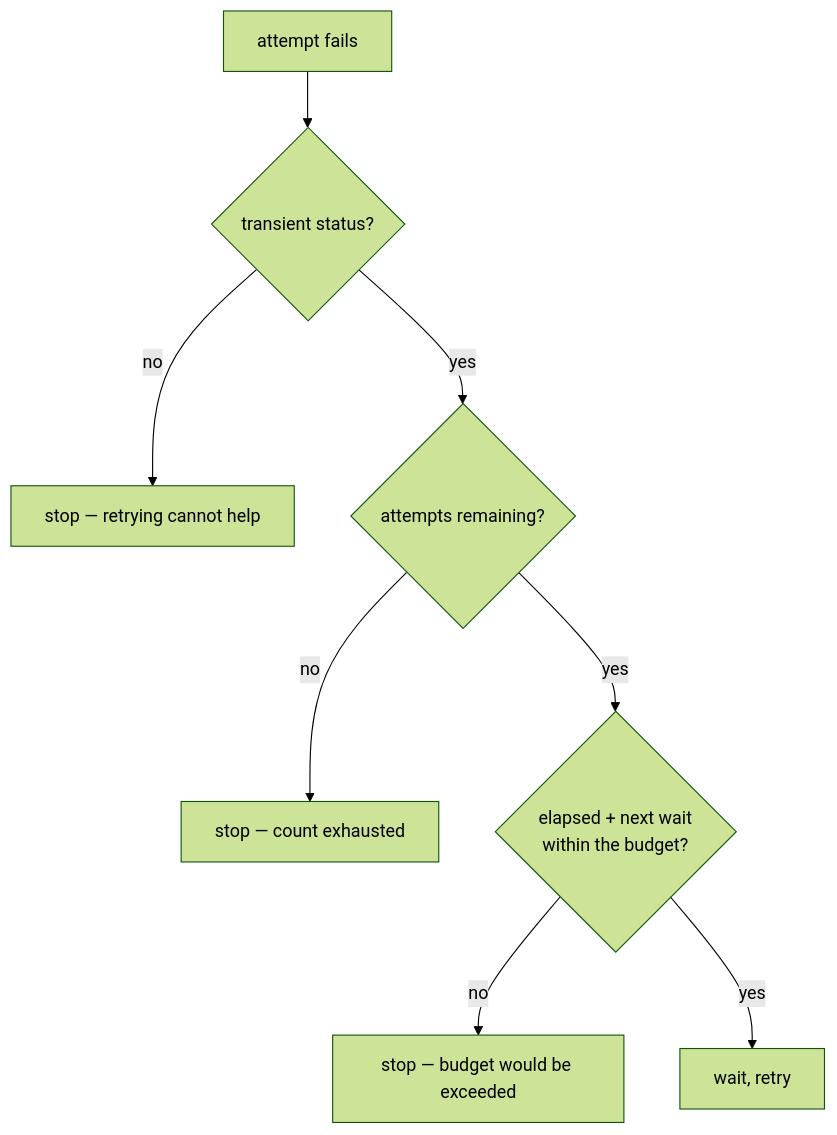
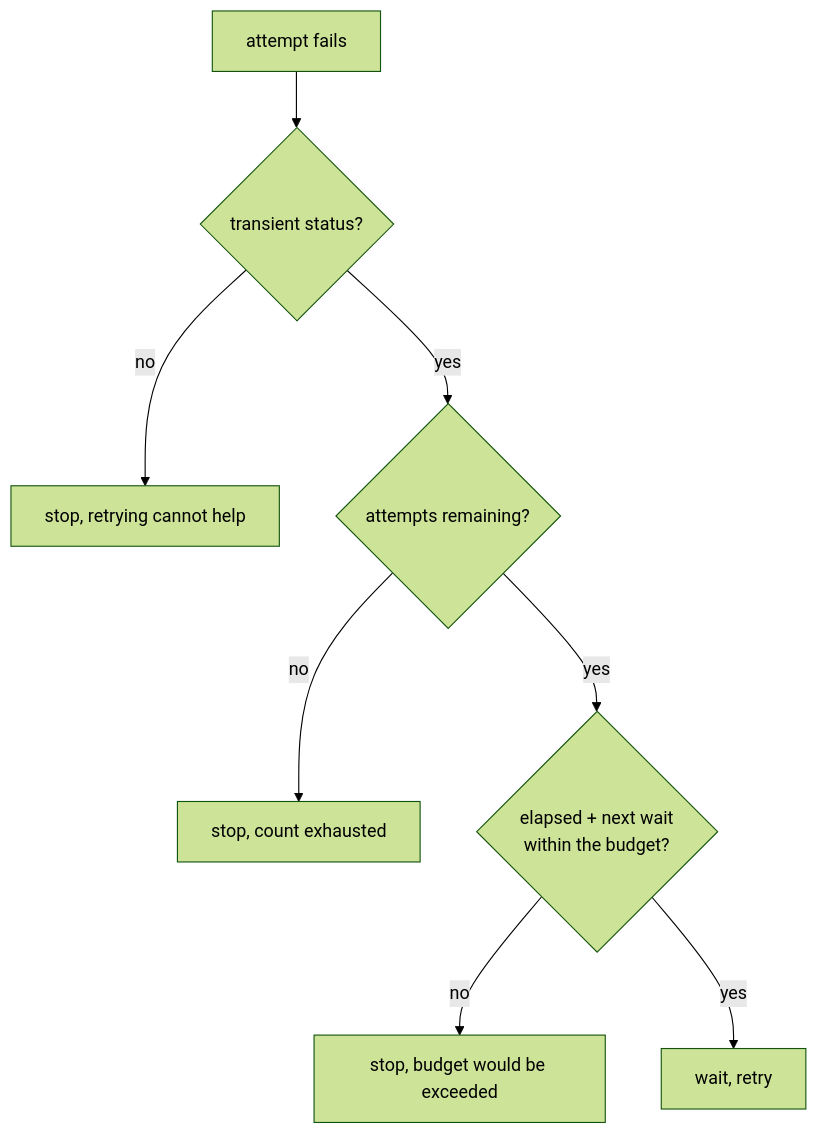
The diagram in docs/cs/retry-budgets.md (jennarbates/StratigraphyGenerator), drawn with Mermaid (forest theme) before and after one commit. The commit also changed other lines of this file and 309 other files, not shown here.

````diff
--- a/docs/cs/retry-budgets.md
+++ b/docs/cs/retry-budgets.md
@@ -35,10 +35,10 @@
 ```mermaid
 flowchart TB
   F["attempt fails"] --> T{"transient status?"}
-  T -->|no| S1["stop — retrying cannot help"]
+  T -->|no| S1["stop, retrying cannot help"]
   T -->|yes| A{"attempts remaining?"}
-  A -->|no| S2["stop — count exhausted"]
+  A -->|no| S2["stop, count exhausted"]
   A -->|yes| B{"elapsed + next wait<br/>within the budget?"}
-  B -->|no| S3["stop — budget would be exceeded"]
+  B -->|no| S3["stop, budget would be exceeded"]
   B -->|yes| W["wait, retry"]
 ```
````
